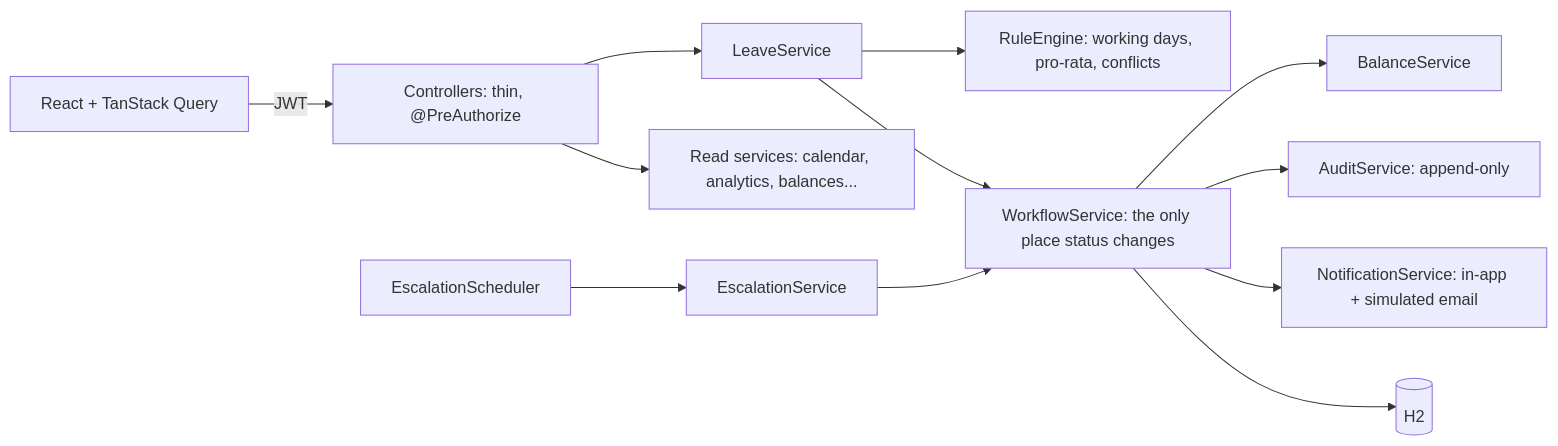
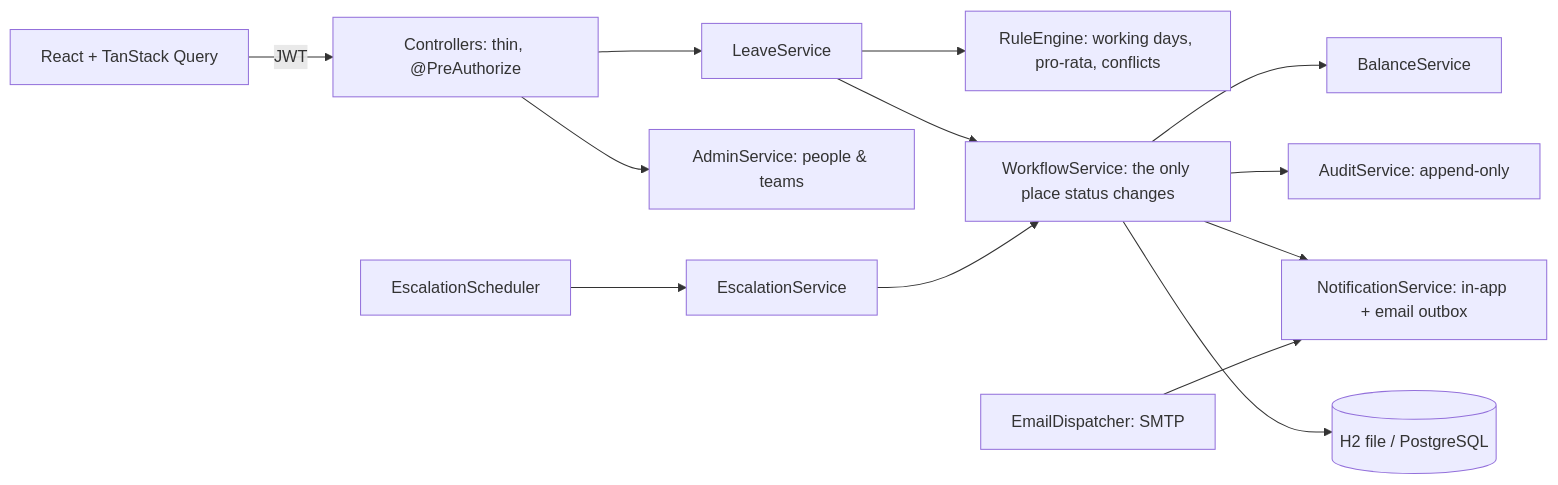
Before and after one commit to deepankumar-dev/leaveflow: the diagram in README.md, drawn with Mermaid. The commit also changed other lines of this file, not shown here.

````diff
--- a/README.md
+++ b/README.md
@@ -29,13 +78,14 @@
 ```mermaid
 flowchart LR
   UI[React + TanStack Query] -->|JWT| API[Controllers: thin, @PreAuthorize]
   API --> LS[LeaveService]
-  API --> RO[Read services: calendar, analytics, balances...]
+  API --> AD[AdminService: people & teams]
   LS --> RE[RuleEngine: working days, pro-rata, conflicts]
   LS --> WF[WorkflowService: the only place status changes]
   ESC[EscalationScheduler] --> ES[EscalationService] --> WF
   WF --> BAL[BalanceService]
   WF --> AUD[AuditService: append-only]
-  WF --> NOT[NotificationService: in-app + simulated email]
-  WF --> DB[(H2)]
+  WF --> NOT[NotificationService: in-app + email outbox]
+  MAIL[EmailDispatcher: SMTP] --> NOT
+  WF --> DB[(H2 file / PostgreSQL)]
 ```
````
